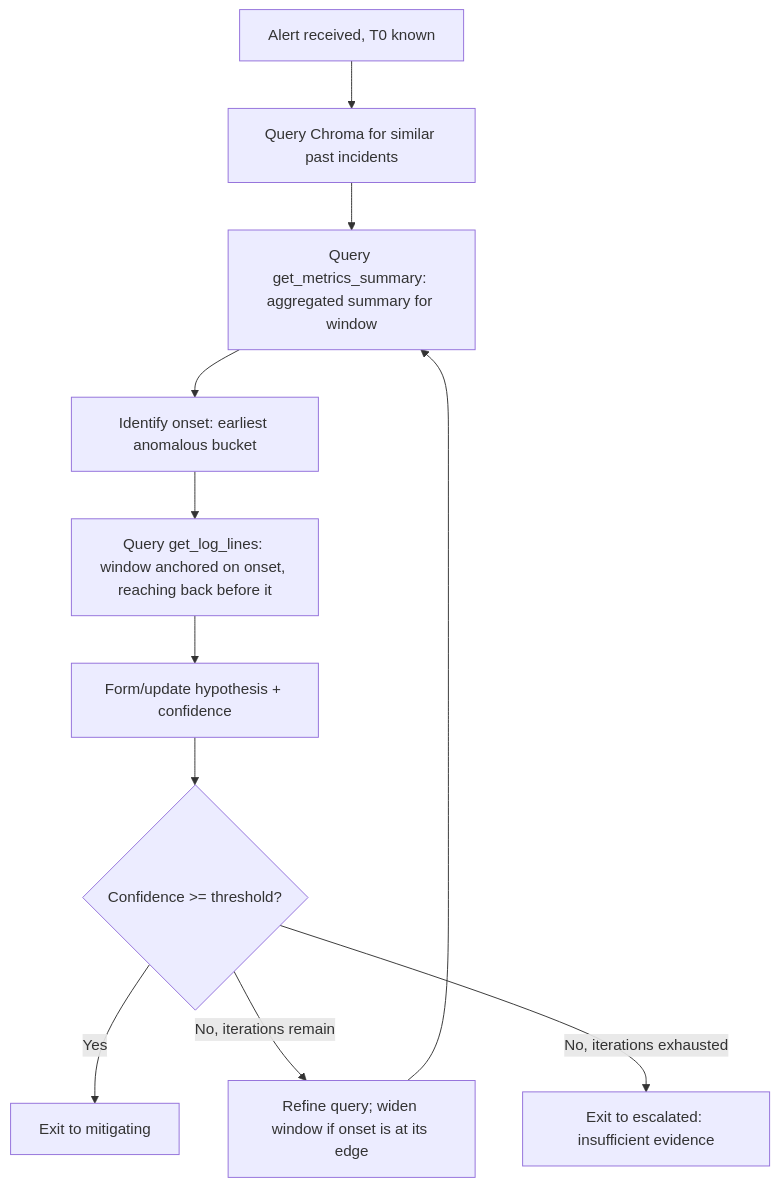
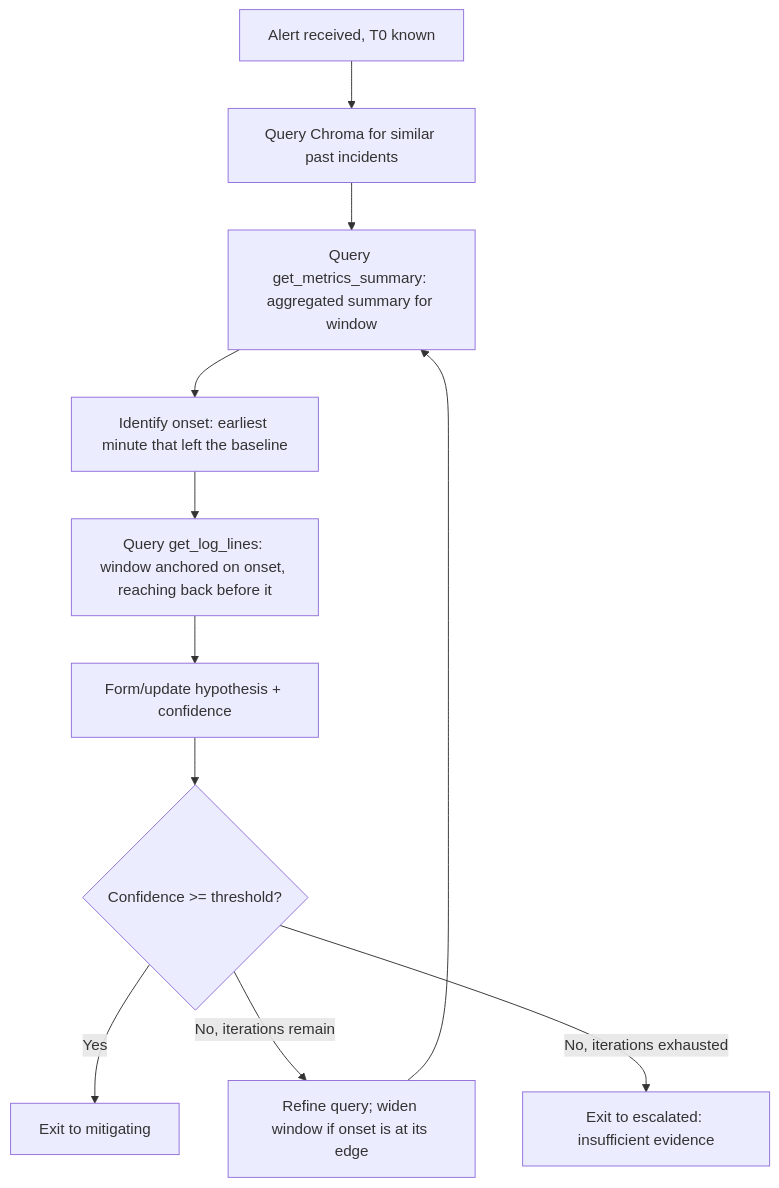
One commit to ohadraz/Argus changed the second of 5 diagrams in docs/spec-and-architecture.md. Above: the diagram before and after it, drawn with Mermaid. The commit also changed other lines of this file and 32 other files, not shown here.

````diff
--- a/docs/spec-and-architecture.md
+++ b/docs/spec-and-architecture.md
@@ -191,13 +191,13 @@
 ```mermaid
 flowchart TD
     A[Alert received, T0 known] --> B[Query Chroma for similar past incidents]
     B --> C[Query get_metrics_summary: aggregated summary for window]
-    C --> D[Identify onset: earliest anomalous bucket]
+    C --> D[Identify onset: earliest minute that left the baseline]
     D --> E[Query get_log_lines: window anchored on onset, reaching back before it]
     E --> F[Form/update hypothesis + confidence]
     F --> G{Confidence >= threshold?}
     G -->|Yes| H[Exit to mitigating]
     G -->|No, iterations remain| I[Refine query; widen window if onset is at its edge]
     I --> C
     G -->|No, iterations exhausted| J[Exit to escalated: insufficient evidence]
 ```
````
